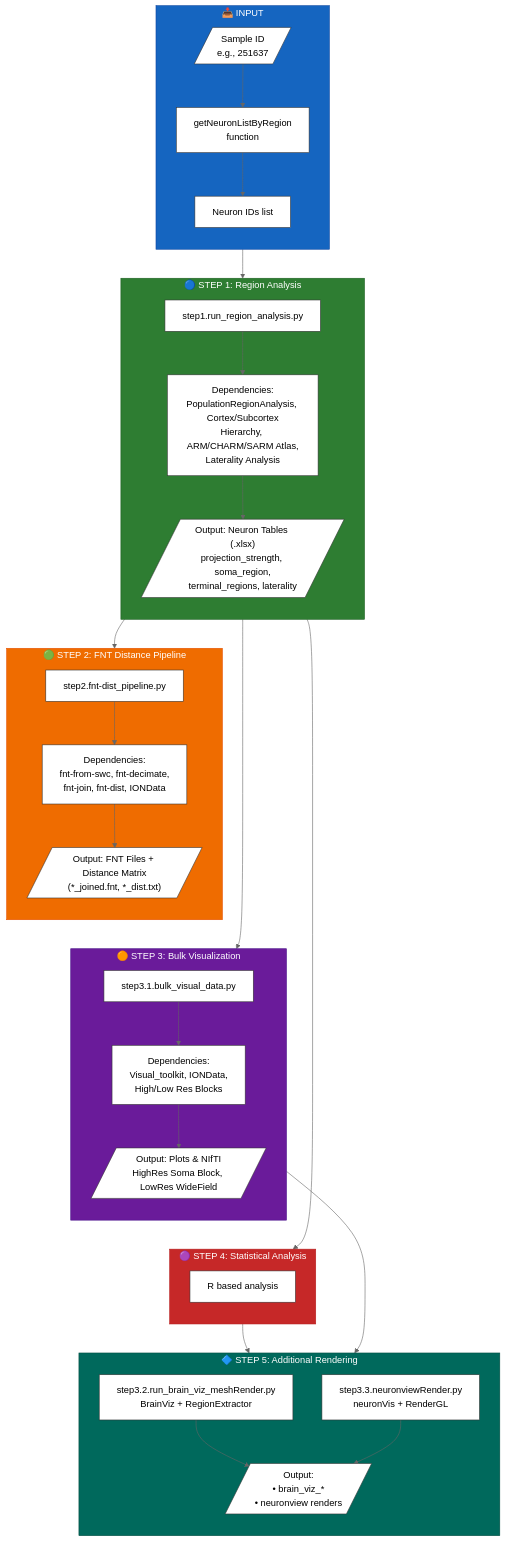
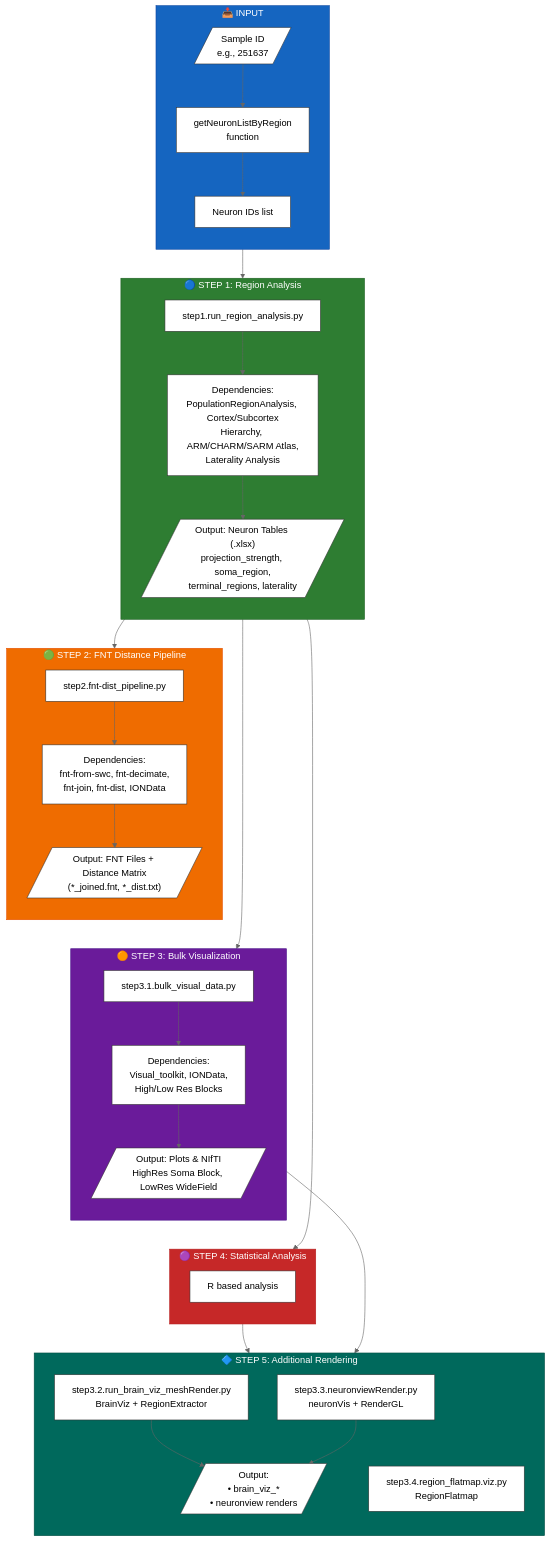
The first of 8 diagrams in main_scripts/PIPELINE_MINDMAP.md (InteroAnat/projectome_analysis), drawn with Mermaid (neutral theme) before and after one commit. The commit also changed 26 other files, not shown here.

```diff
--- a/main_scripts/PIPELINE_MINDMAP.md
+++ b/main_scripts/PIPELINE_MINDMAP.md
@@ -102,7 +102,7 @@
         direction TB
         S5A[step3.2.run_brain_viz_meshRender.py<br/>BrainViz + RegionExtractor]
         S5B[step3.3.neuronviewRender.py<br/>neuronVis + RenderGL]
-       
+        S5C[step3.4.region_flatmap.viz.py<br/>RegionFlatmap]
         S5_out[/"Output:<br/>• brain_viz_*<br/>• neuronview renders<br/>"/]
     end
 
```
